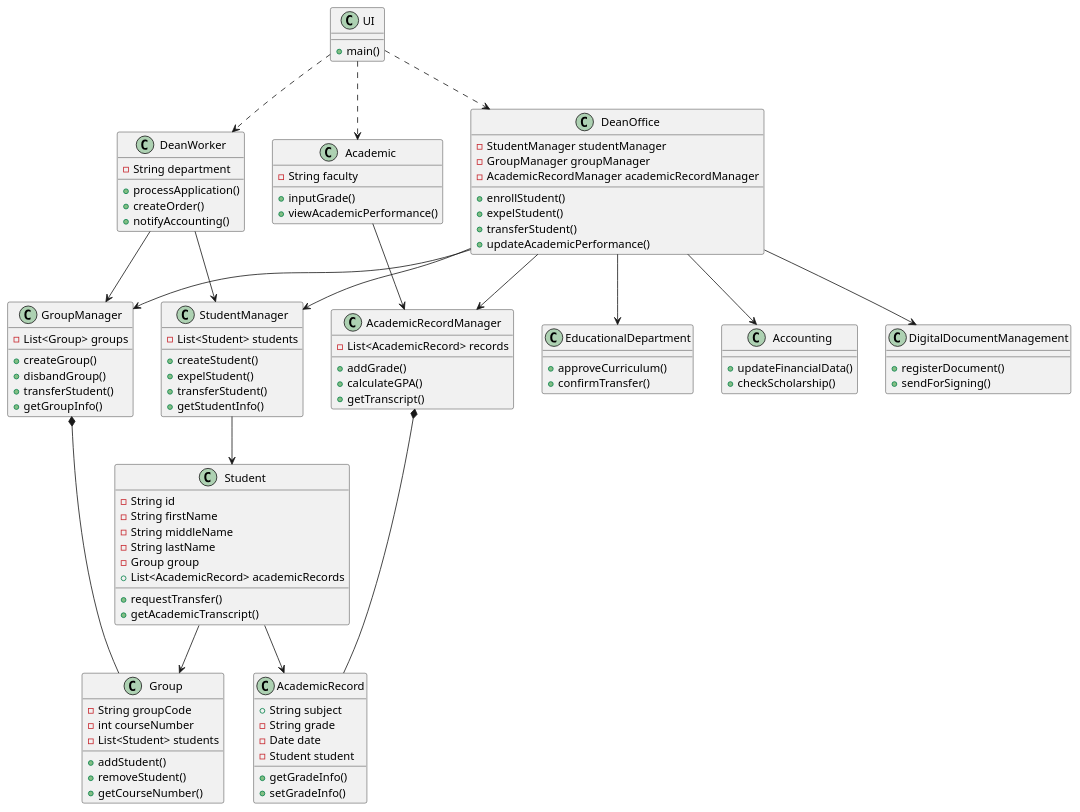
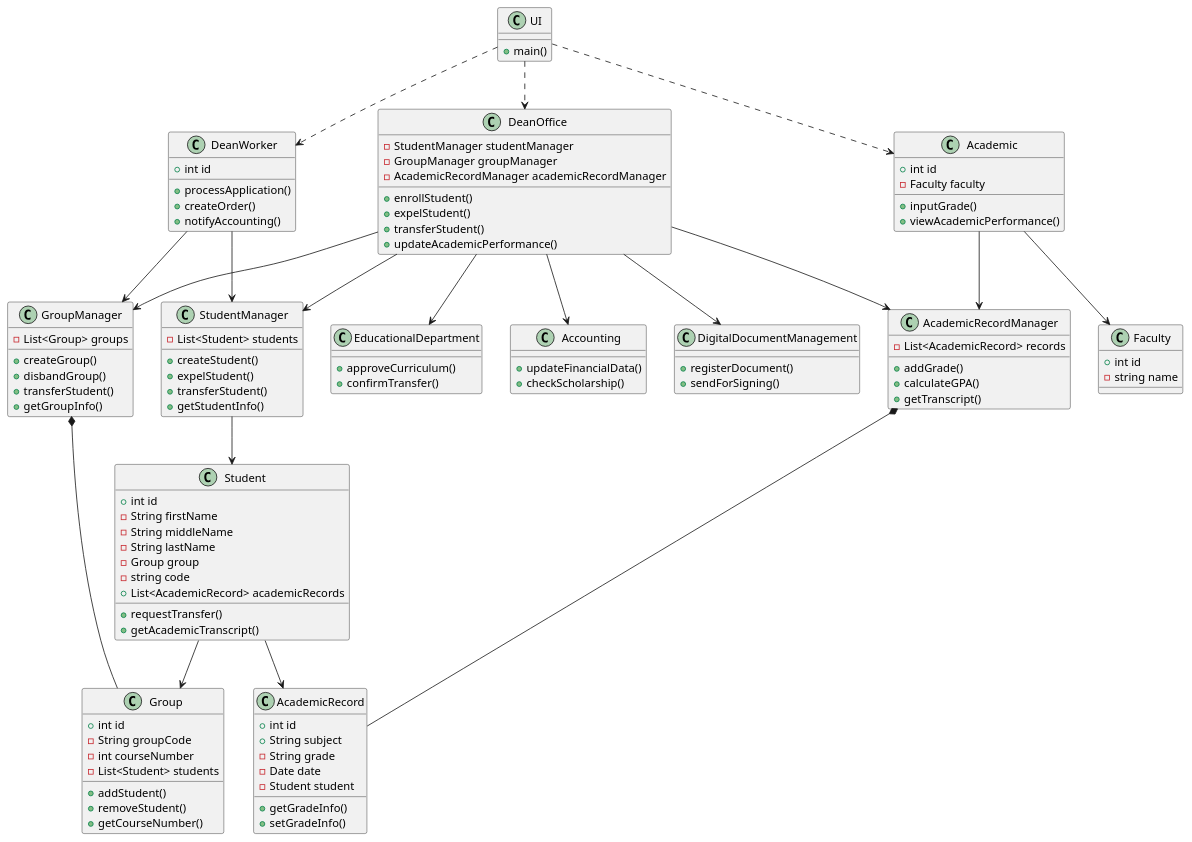
Before and after one commit to penamarth/bsbo-01-23_team3_var4_dekanat: the diagram in Модель предметной области.md, drawn with PlantUML.

Commit message:
Добавлены id для сущностей Добавлены факультеты

```diff
--- a/Модель предметной области.md
+++ b/Модель предметной области.md
@@ -38,17 +38,19 @@
 }
 
 class Student {
-  - String id
+  + int id
   - String firstName
   - String middleName
   - String lastName
   - Group group
+  - string code
   + List<AcademicRecord> academicRecords
   + requestTransfer()
   + getAcademicTranscript()
 }
 
 class Group {
+  + int id
   - String groupCode
   - int courseNumber
   - List<Student> students
@@ -58,6 +60,7 @@
 }
 
 class AcademicRecord {
+  + int id
   + String subject
   - String grade
   - Date date
@@ -67,13 +70,19 @@
 }
 
 class Academic {
-  - String faculty
+  + int id
+  - Faculty faculty
   + inputGrade()
   + viewAcademicPerformance()
 }
 
+class Faculty {
+  + int id
+  - string name
+}
+
 class DeanWorker {
-  - String department
+  + int id
   + processApplication()
   + createOrder()
   + notifyAccounting()
@@ -111,6 +120,8 @@
 Student --> AcademicRecord
 
 Academic --> AcademicRecordManager
+Academic --> Faculty
+
 DeanWorker --> StudentManager
 DeanWorker --> GroupManager
 
```
